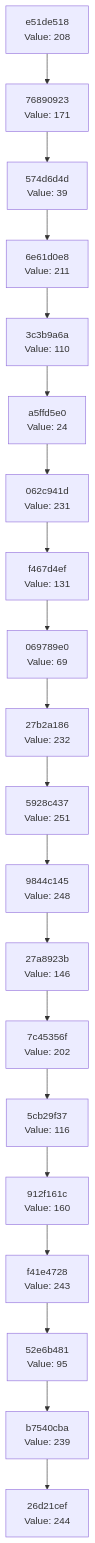
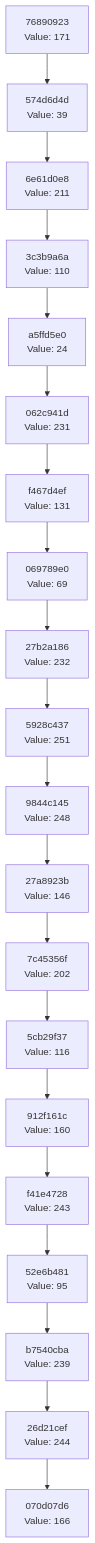
Before and after one commit to Abhisheksinha1506/hash-chain-evolver: the diagram in docs/CHAIN_VISUALIZATION.md, drawn with Mermaid. The commit also changed 2 other files, not shown here.

Commit message:
Evolution Step

````diff
--- a/docs/CHAIN_VISUALIZATION.md
+++ b/docs/CHAIN_VISUALIZATION.md
@@ -3,42 +3,42 @@
 ```mermaid
 graph TD
-    C0["26d21cef<br/>Value: 244"]
-    C1["b7540cba<br/>Value: 239"]
+    C0["070d07d6<br/>Value: 166"]
+    C1["26d21cef<br/>Value: 244"]
     C1 --> C0
-    C2["52e6b481<br/>Value: 95"]
+    C2["b7540cba<br/>Value: 239"]
     C2 --> C1
-    C3["f41e4728<br/>Value: 243"]
+    C3["52e6b481<br/>Value: 95"]
     C3 --> C2
-    C4["912f161c<br/>Value: 160"]
+    C4["f41e4728<br/>Value: 243"]
     C4 --> C3
-    C5["5cb29f37<br/>Value: 116"]
+    C5["912f161c<br/>Value: 160"]
     C5 --> C4
-    C6["7c45356f<br/>Value: 202"]
+    C6["5cb29f37<br/>Value: 116"]
     C6 --> C5
-    C7["27a8923b<br/>Value: 146"]
+    C7["7c45356f<br/>Value: 202"]
     C7 --> C6
-    C8["9844c145<br/>Value: 248"]
+    C8["27a8923b<br/>Value: 146"]
     C8 --> C7
-    C9["5928c437<br/>Value: 251"]
+    C9["9844c145<br/>Value: 248"]
     C9 --> C8
-    C10["27b2a186<br/>Value: 232"]
+    C10["5928c437<br/>Value: 251"]
     C10 --> C9
-    C11["069789e0<br/>Value: 69"]
+    C11["27b2a186<br/>Value: 232"]
     C11 --> C10
-    C12["f467d4ef<br/>Value: 131"]
+    C12["069789e0<br/>Value: 69"]
     C12 --> C11
-    C13["062c941d<br/>Value: 231"]
+    C13["f467d4ef<br/>Value: 131"]
     C13 --> C12
-    C14["a5ffd5e0<br/>Value: 24"]
+    C14["062c941d<br/>Value: 231"]
     C14 --> C13
-    C15["3c3b9a6a<br/>Value: 110"]
+    C15["a5ffd5e0<br/>Value: 24"]
     C15 --> C14
-    C16["6e61d0e8<br/>Value: 211"]
+    C16["3c3b9a6a<br/>Value: 110"]
     C16 --> C15
-    C17["574d6d4d<br/>Value: 39"]
+    C17["6e61d0e8<br/>Value: 211"]
     C17 --> C16
-    C18["76890923<br/>Value: 171"]
+    C18["574d6d4d<br/>Value: 39"]
     C18 --> C17
-    C19["e51de518<br/>Value: 208"]
+    C19["76890923<br/>Value: 171"]
     C19 --> C18
 ```
````
